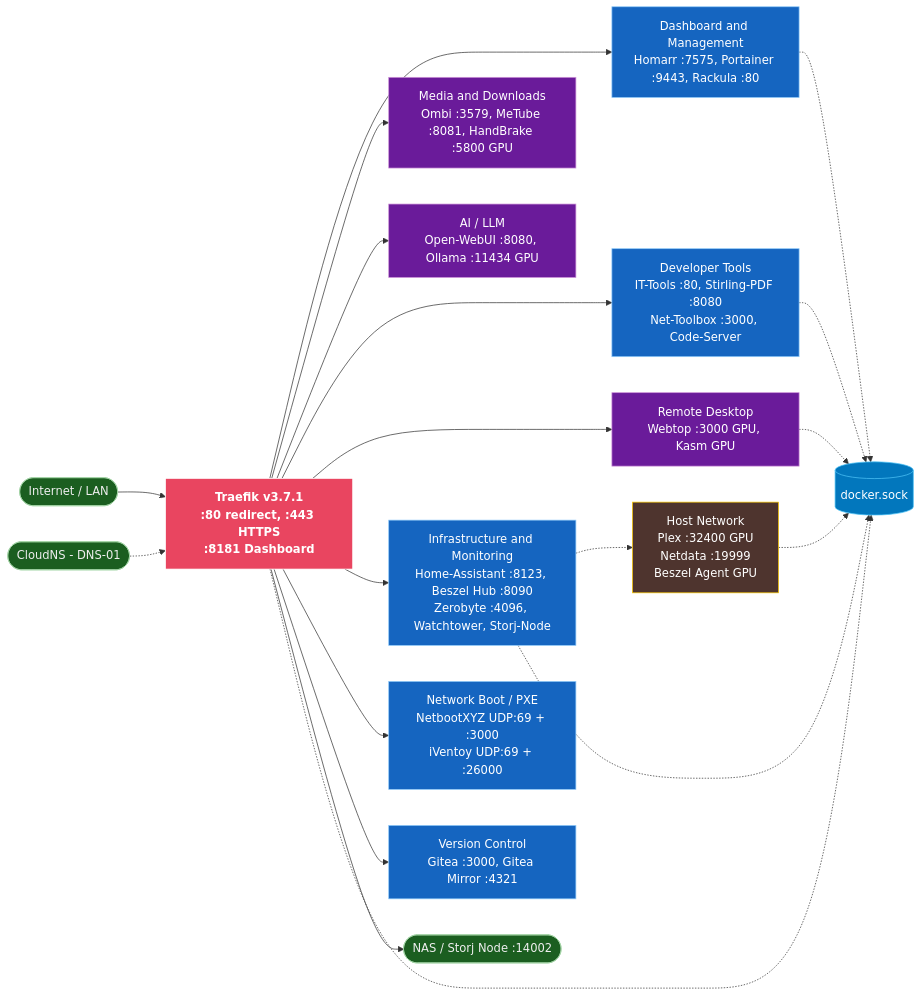
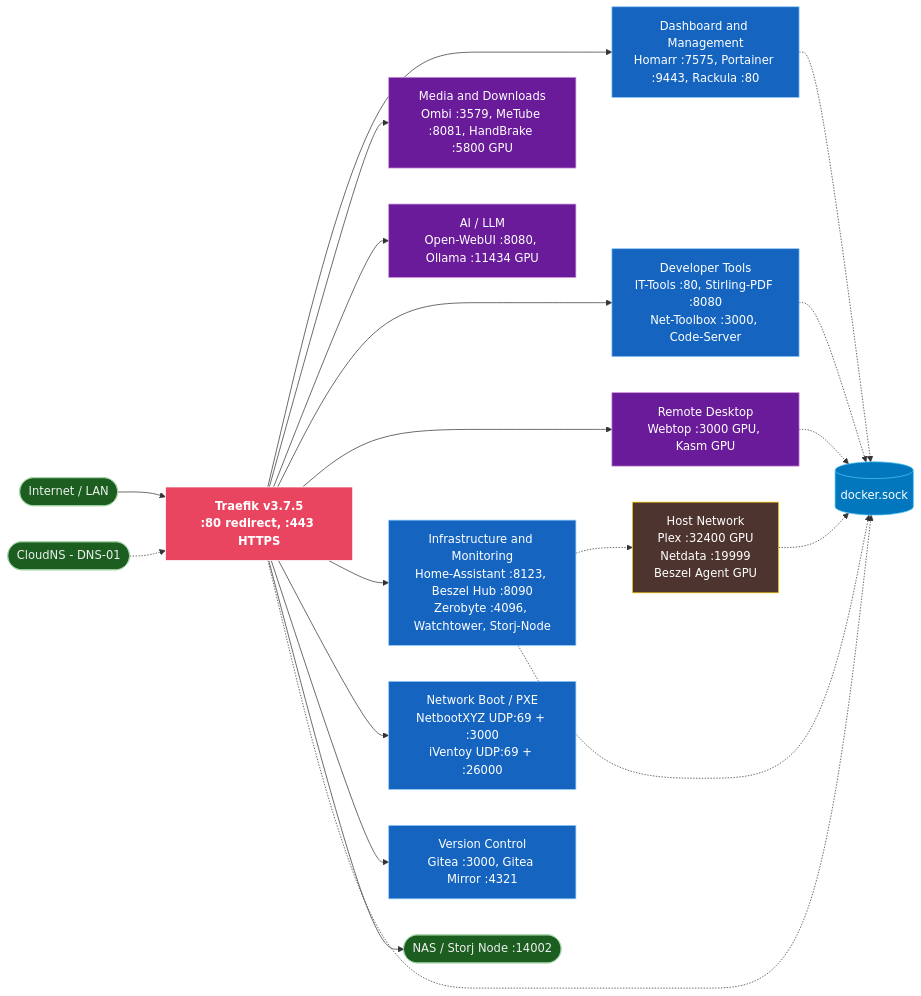
Before and after one commit to locus313/homelab-gitops: the diagram in README.md, drawn with Mermaid. The commit also changed 7 other files, not shown here.

````diff
--- a/README.md
+++ b/README.md
@@ -18,39 +18,39 @@
 ```mermaid
 graph LR
     classDef traefik fill:#e94560,stroke:#fff,color:#fff,font-weight:bold
     classDef group fill:#1565c0,stroke:#90caf9,color:#fff
     classDef gpu fill:#6a1b9a,stroke:#ce93d8,color:#fff
     classDef hostnet fill:#4e342e,stroke:#ffcc02,color:#fff
     classDef external fill:#1b5e20,stroke:#a5d6a7,color:#eee
     classDef dock fill:#0277bd,stroke:#4fc3f7,color:#fff
 
     INTERNET(["Internet / LAN"]):::external
     CLOUDNS(["CloudNS - DNS-01"]):::external
     NAS(["NAS / Storj Node :14002"]):::external
     DOCKER[("docker.sock")]:::dock
 
-    TRAEFIK["Traefik v3.7.1<br/>:80 redirect, :443 HTTPS<br/>:8181 Dashboard"]:::traefik
+    TRAEFIK["Traefik v3.7.5<br/>:80 redirect, :443 HTTPS"]:::traefik
 
     INTERNET --> TRAEFIK
     CLOUDNS -.-> TRAEFIK
 
     TRAEFIK --> DASH["Dashboard and Management<br/>Homarr :7575, Portainer :9443, Rackula :80"]:::group
     TRAEFIK --> MEDIA["Media and Downloads<br/>Ombi :3579, MeTube :8081, HandBrake :5800 GPU"]:::gpu
     TRAEFIK --> AI["AI / LLM<br/>Open-WebUI :8080, Ollama :11434 GPU"]:::gpu
     TRAEFIK --> TOOLS["Developer Tools<br/>IT-Tools :80, Stirling-PDF :8080<br/>Net-Toolbox :3000, Code-Server"]:::group
     TRAEFIK --> DESKTOP["Remote Desktop<br/>Webtop :3000 GPU, Kasm GPU"]:::gpu
     TRAEFIK --> INFRA["Infrastructure and Monitoring<br/>Home-Assistant :8123, Beszel Hub :8090<br/>Zerobyte :4096, Watchtower, Storj-Node"]:::group
     TRAEFIK --> BOOT["Network Boot / PXE<br/>NetbootXYZ UDP:69 + :3000<br/>iVentoy UDP:69 + :26000"]:::group
     TRAEFIK --> VCS["Version Control<br/>Gitea :3000, Gitea Mirror :4321"]:::group
     TRAEFIK --> NAS
 
     HOSTNET["Host Network<br/>Plex :32400 GPU<br/>Netdata :19999<br/>Beszel Agent GPU"]:::hostnet
 
     INFRA -.-> HOSTNET
     TRAEFIK -.-> DOCKER
     DASH -.-> DOCKER
     INFRA -.-> DOCKER
     DESKTOP -.-> DOCKER
     TOOLS -.-> DOCKER
     HOSTNET -.-> DOCKER
 ```
````
